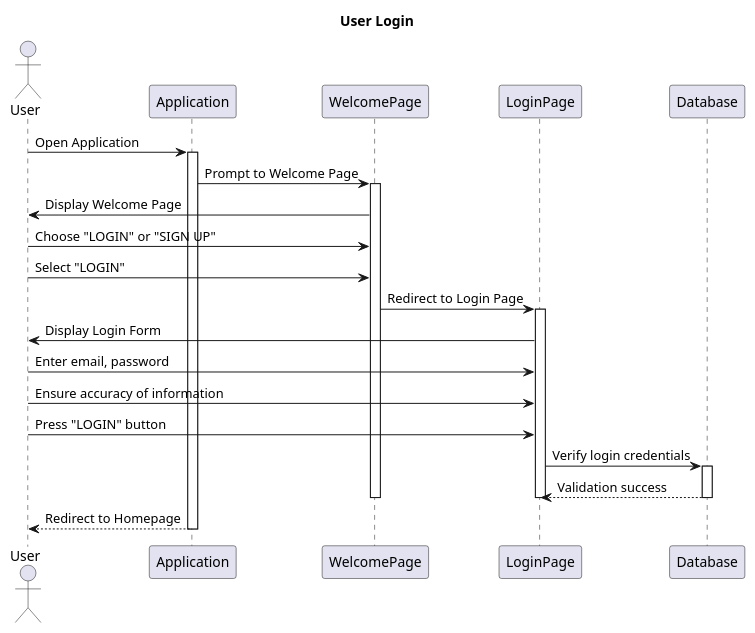
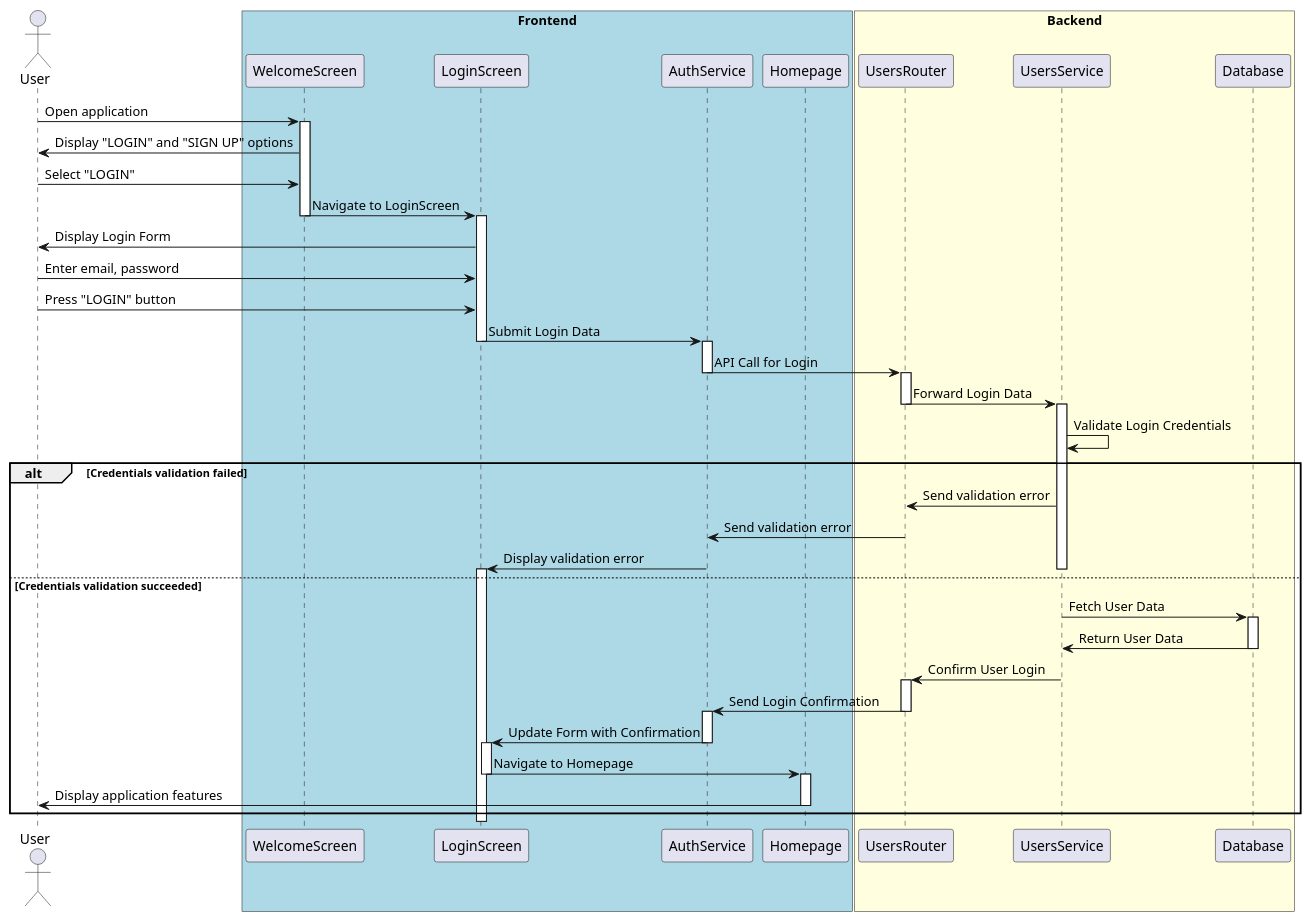
The diagram in backend/fastApiProject/Diagrams/Sequence Diagram - User Login.puml (LucaciuTabita/Thesis), drawn with PlantUML before and after one commit. The commit also changed 18 other files, not shown here.

Commit message:
Diagrams updated

```diff
--- a/backend/fastApiProject/Diagrams/Sequence Diagram - User Login.puml
+++ b/backend/fastApiProject/Diagrams/Sequence Diagram - User Login.puml
@@ -1,32 +1,66 @@
 @startuml
-title User Login
 
 actor User
-participant Application
-participant WelcomePage
-participant LoginPage
-participant Database
 
-User -> Application: Open Application
-activate Application
-Application -> WelcomePage: Prompt to Welcome Page
-activate WelcomePage
-WelcomePage -> User: Display Welcome Page
-User -> WelcomePage: Choose "LOGIN" or "SIGN UP"
-User -> WelcomePage: Select "LOGIN"
-WelcomePage -> LoginPage: Redirect to Login Page
-activate LoginPage
-LoginPage -> User: Display Login Form
-User -> LoginPage: Enter email, password
-User -> LoginPage: Ensure accuracy of information
-User -> LoginPage: Press "LOGIN" button
-LoginPage -> Database: Verify login credentials
-activate Database
-Database --> LoginPage: Validation success
-deactivate Database
-deactivate LoginPage
-deactivate WelcomePage
-Application --> User: Redirect to Homepage
-deactivate Application
+box "Frontend" #LightBlue
+    participant WelcomeScreen as WS
+    participant LoginScreen as LS
+    participant AuthService as AS
+    participant Homepage as HP
+end box
+
+box "Backend" #LightYellow
+    participant UsersRouter as UR
+    participant UsersService as US
+    participant Database as DB
+end box
+
+User -> WS: Open application
+activate WS
+WS -> User: Display "LOGIN" and "SIGN UP" options
+User -> WS: Select "LOGIN"
+WS -> LS: Navigate to LoginScreen
+deactivate WS
+activate LS
+LS -> User: Display Login Form
+User -> LS: Enter email, password
+User -> LS: Press "LOGIN" button
+LS -> AS: Submit Login Data
+deactivate LS
+activate AS
+AS -> UR: API Call for Login
+deactivate AS
+activate UR
+UR -> US: Forward Login Data
+deactivate UR
+activate US
+US -> US: Validate Login Credentials
+alt Credentials validation failed
+    US -> UR: Send validation error
+    UR -> AS: Send validation error
+    AS -> LS: Display validation error
+    deactivate US
+    deactivate UR
+    deactivate AS
+    activate LS
+else Credentials validation succeeded
+    US -> DB: Fetch User Data
+    activate DB
+    DB -> US: Return User Data
+    deactivate DB
+    US -> UR: Confirm User Login
+    activate UR
+    UR -> AS: Send Login Confirmation
+    deactivate UR
+    activate AS
+    AS -> LS: Update Form with Confirmation
+    deactivate AS
+    activate LS
+    LS -> HP: Navigate to Homepage
+    deactivate LS
+    activate HP
+    HP -> User: Display application features
+    deactivate HP
+end
 
 @enduml
```
